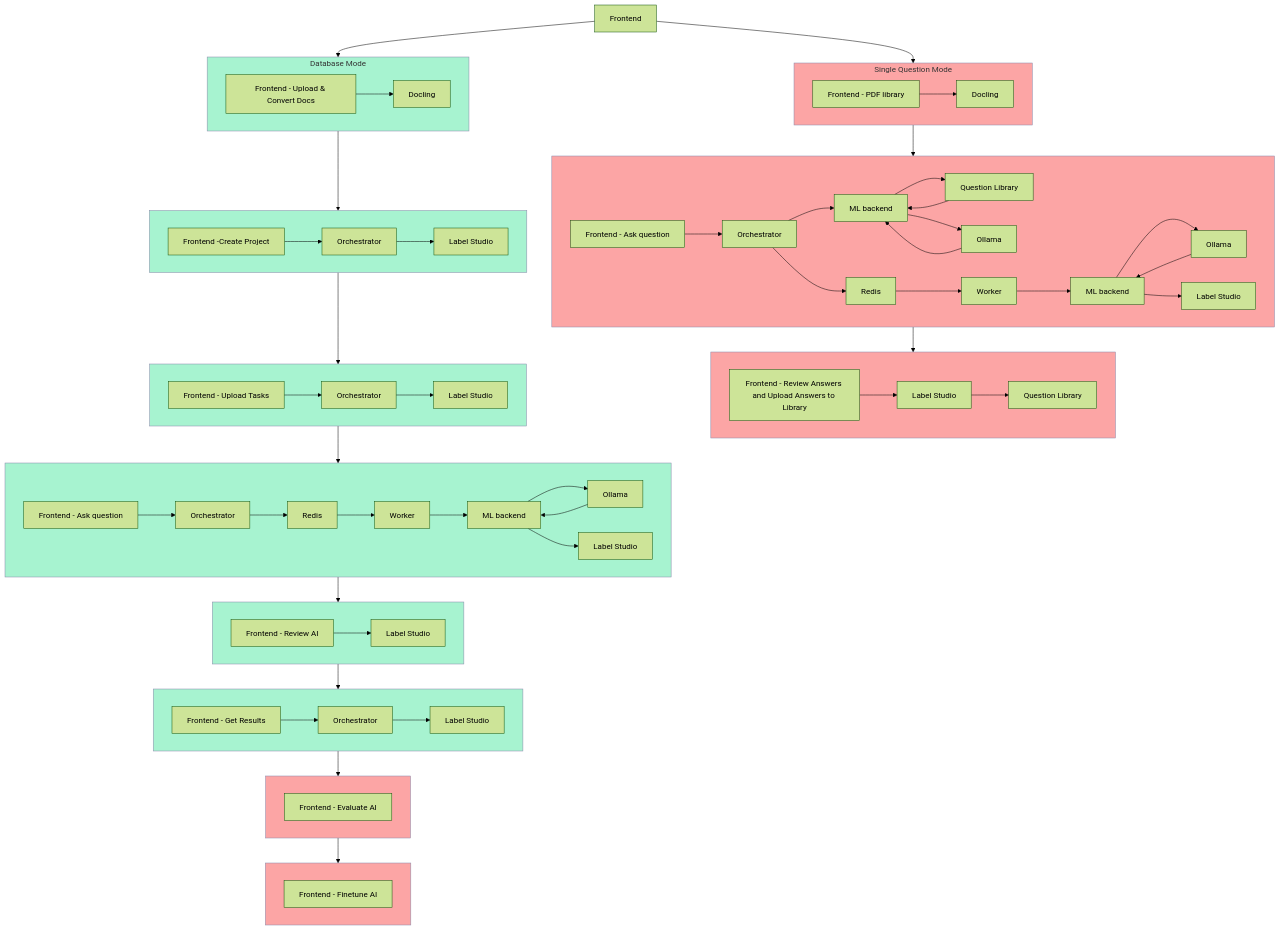
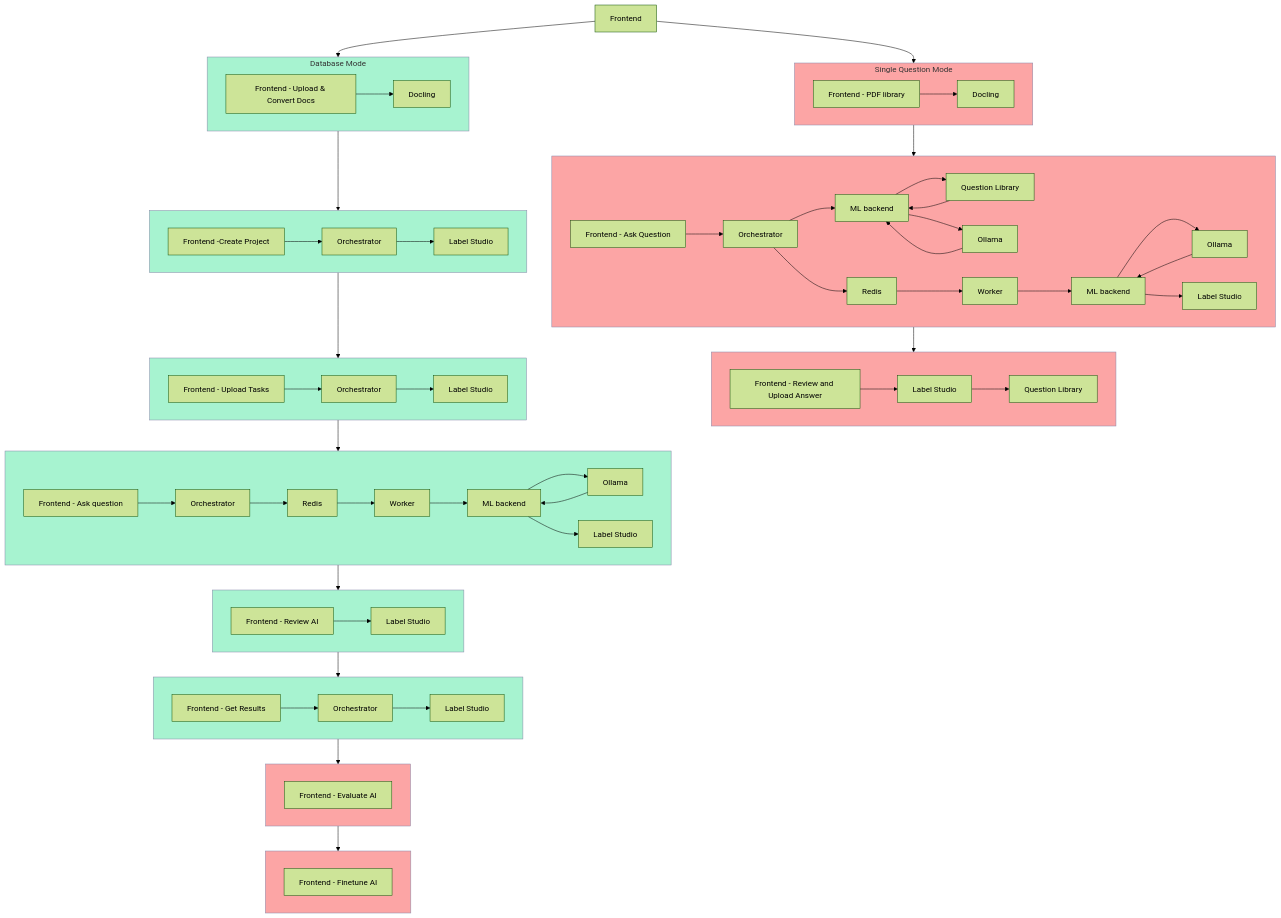
Before and after one commit to Xtractyl/Xtractyl: the diagram in README.md, drawn with Mermaid (forest theme). The commit also changed 16 other files, not shown here.

Commit message:
XC-60: Create frontend tabs for single question mode up to the cards

```diff
--- a/README.md
+++ b/README.md
@@ -45,7 +45,7 @@
 %% ====== ROW 2 ======
 subgraph Z2[" "]
 direction LR
- A2[Frontend - Ask question]
+ A2[Frontend - Ask Question]
  B2[Orchestrator]
  C2[ML backend] 
  D2[Question Library]
@@ -83,7 +83,7 @@
 %% ====== ROW 3 ======
 subgraph Z3[" "]
 direction LR
- A3[Frontend - Review Answers and Upload Answers to Library] --> B3[Label Studio] --> C3[Question Library] 
+ A3[Frontend - Review and Upload Answer] --> B3[Label Studio] --> C3[Question Library] 
 end
 
 subgraph ZA3[" "]
```
